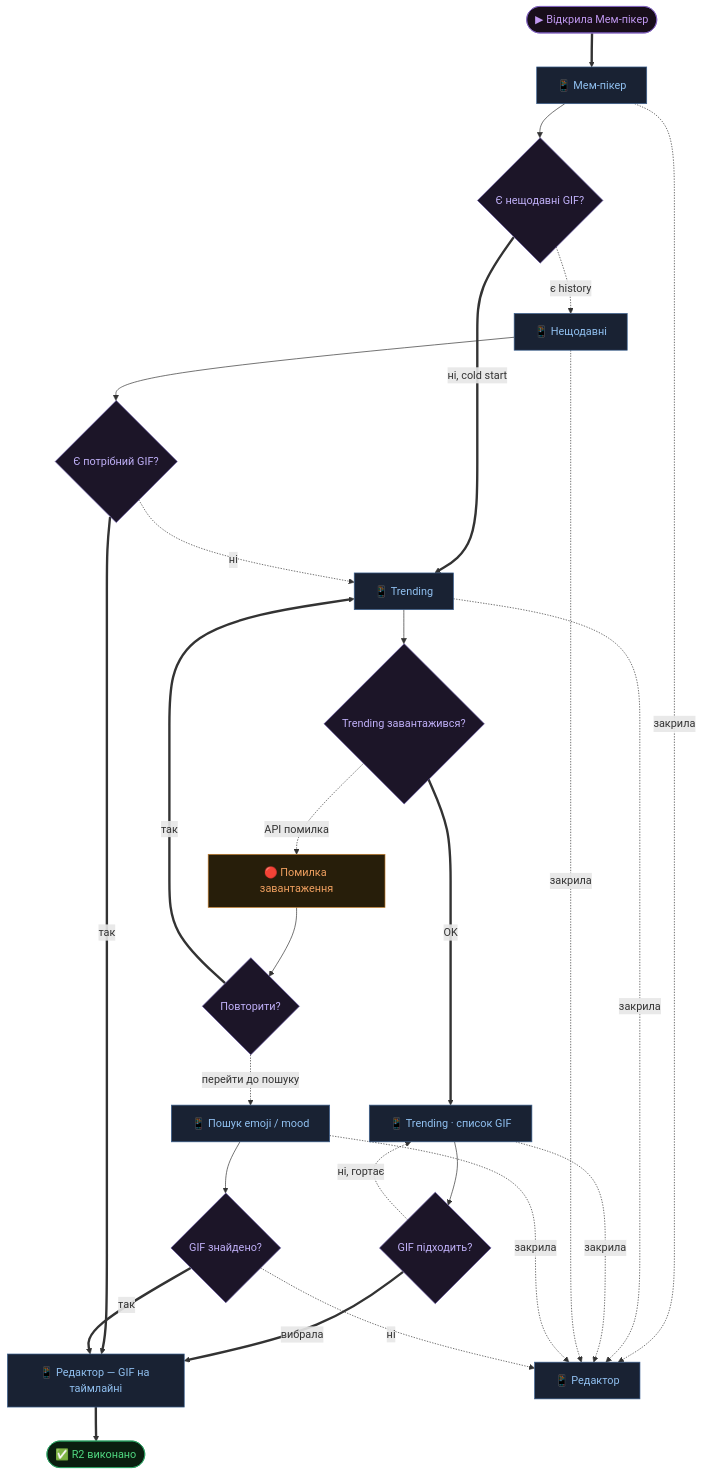
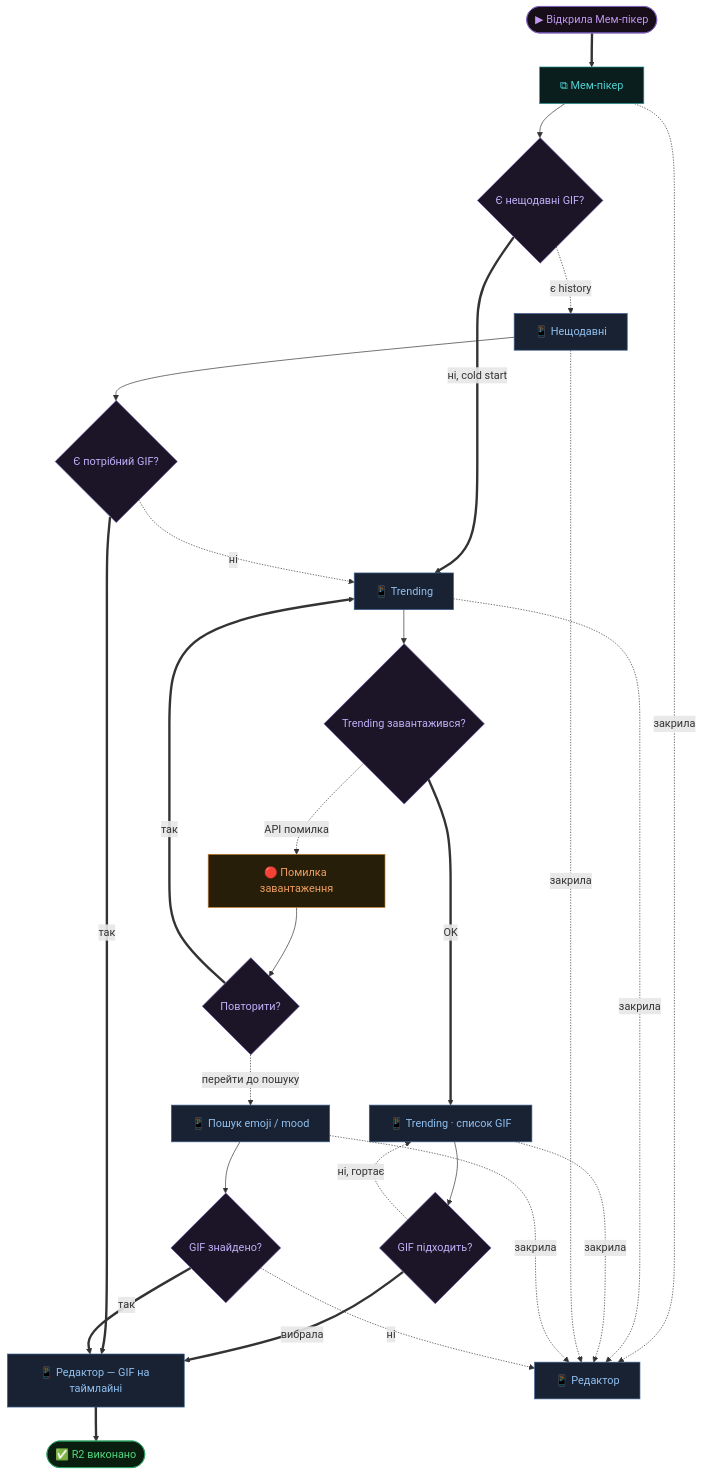
Before and after one commit to Zhmenya92/Memkat: the third of 6 diagrams in research/flows.md, drawn with Mermaid. The commit also changed other lines of this file and 3 other files, not shown here.

````diff
--- a/research/flows.md
+++ b/research/flows.md
@@ -124,43 +127,44 @@
 ```mermaid
 flowchart TD
     classDef screen  fill:#192233,stroke:#3a6090,color:#90c0f0
+    classDef panel   fill:#0a1e1e,stroke:#28a0a0,color:#50d0d0
     classDef state   fill:#271e0a,stroke:#c07a28,color:#f0a060
     classDef decide  fill:#1c1528,stroke:#6050a0,color:#c0b0f8
     classDef ok      fill:#0a1e0f,stroke:#28a060,color:#50d880
     classDef fail    fill:#22080a,stroke:#903030,color:#f05060
     classDef trigger fill:#180e1a,stroke:#8060c0,color:#c098f0
 
     S(["▶ Відкрила Мем-пікер"]):::trigger
     GIF["📱 Редактор — GIF на таймлайні"]:::screen
 
-    S ==> MP["📱 Мем-пікер"]:::screen
+    S ==> MP["⧉ Мем-пікер"]:::panel
     MP --> QH{Є нещодавні GIF?}:::decide
     MP -. закрила .-> ED["📱 Редактор"]:::screen
     QH == ні, cold start ==> TREND["📱 Trending"]:::screen
     QH -. є history .-> REC["📱 Нещодавні"]:::screen
 
     TREND --> QT{Trending завантажився?}:::decide
     TREND -. закрила .-> ED
     QT -. API помилка .-> TREND_E["🔴 Помилка завантаження"]:::state
     TREND_E --> QTR{Повторити?}:::decide
     QTR == так ==> TREND
     QTR -. перейти до пошуку .-> SRCH["📱 Пошук emoji / mood"]:::screen
     QT == OK ==> TREND_L["📱 Trending · список GIF"]:::screen
 
     TREND_L --> QTG{GIF підходить?}:::decide
     TREND_L -. закрила .-> ED
     QTG -. ні, гортає .-> TREND_L
     QTG == вибрала ==> GIF
 
     REC --> QRG{Є потрібний GIF?}:::decide
     REC -. закрила .-> ED
     QRG == так ==> GIF
     QRG -. ні .-> TREND
 
     SRCH --> QSG{GIF знайдено?}:::decide
     SRCH -. закрила .-> ED
     QSG == так ==> GIF
     QSG -. ні .-> ED
 
     GIF ==> DONE(["✅ R2 виконано"]):::ok
 ```
````
